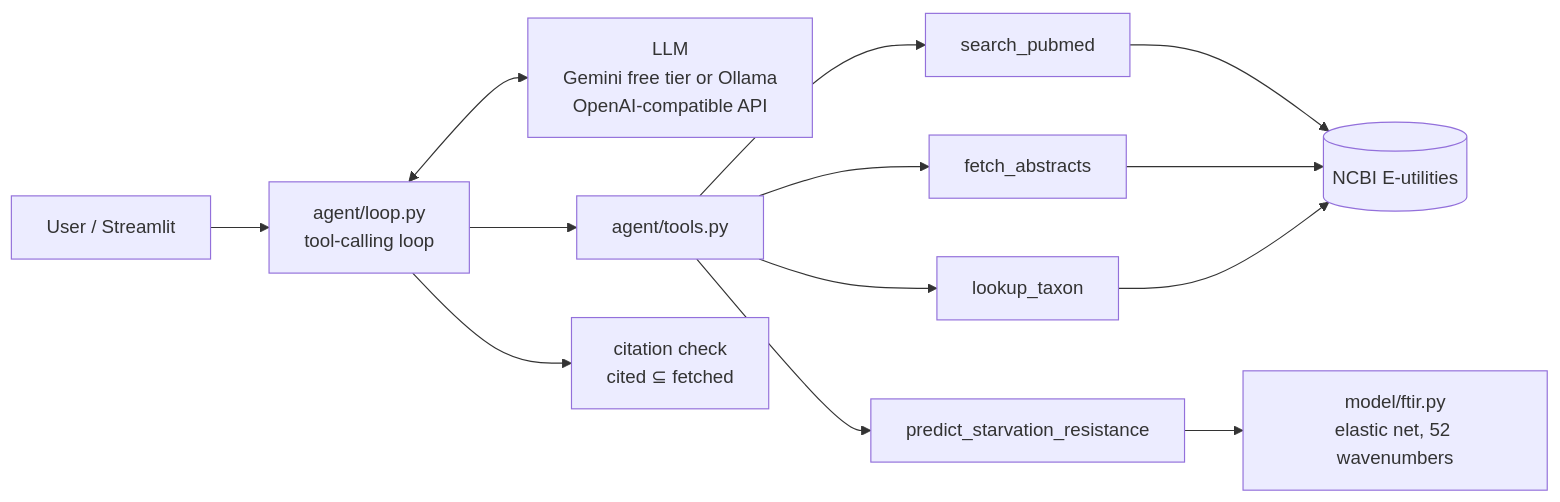
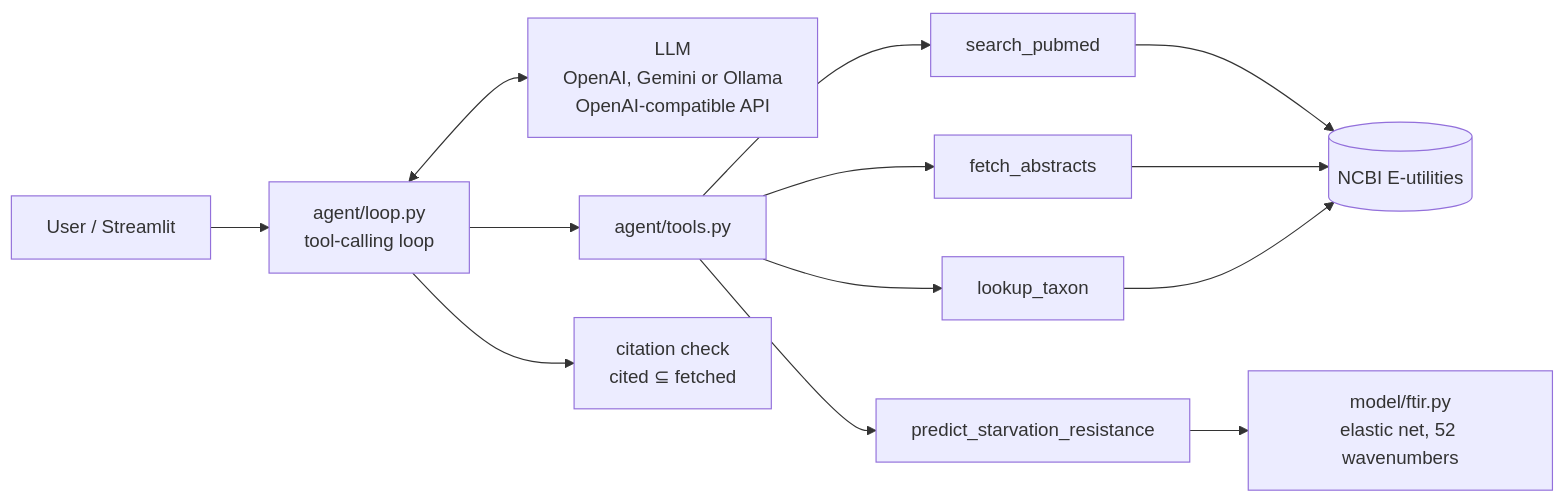
One commit to NosakhareOsaro/ftir-agent changed the diagram in README.md. Above: the diagram before and after it, drawn with Mermaid. The commit also changed other lines of this file and 59 other files, not shown here.

````diff
--- a/README.md
+++ b/README.md
@@ -27,11 +27,11 @@
 ```mermaid
 flowchart LR
     U[User / Streamlit] --> L[agent/loop.py<br/>tool-calling loop]
-    L <--> M[LLM<br/>Gemini free tier or Ollama<br/>OpenAI-compatible API]
+    L <--> M[LLM<br/>OpenAI, Gemini or Ollama<br/>OpenAI-compatible API]
     L --> T[agent/tools.py]
     T --> S[search_pubmed] --> E[(NCBI E-utilities)]
     T --> F[fetch_abstracts] --> E
     T --> X[lookup_taxon] --> E
     T --> P[predict_starvation_resistance] --> R[model/ftir.py<br/>elastic net, 52 wavenumbers]
     L --> C[citation check<br/>cited ⊆ fetched]
 ```
````
